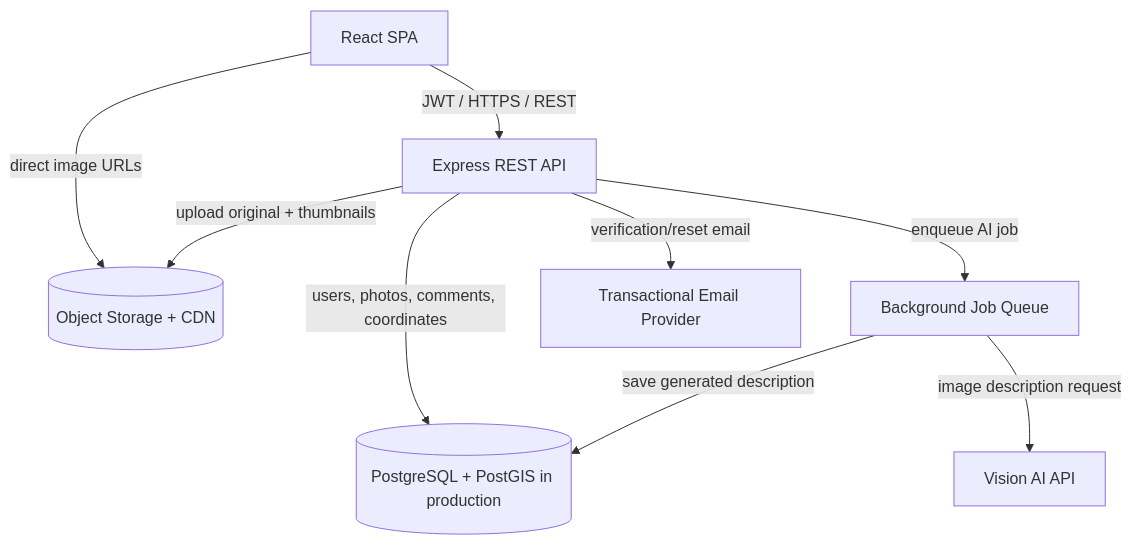
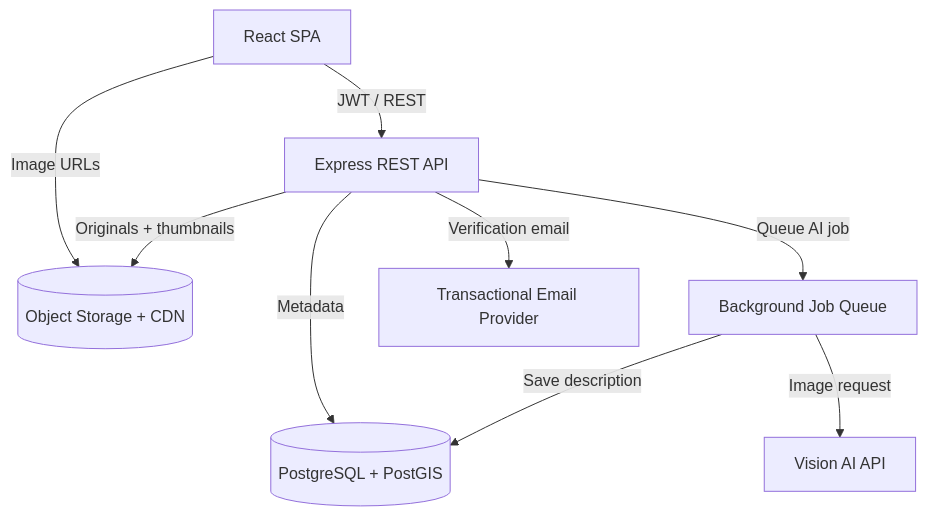
One commit to rares8283682/geophoto changed the diagram in STRATEGY.md. Above: the diagram before and after it, drawn with Mermaid.

Commit message:
Update system architecture diagram in STRATEGY.md

````diff
--- a/STRATEGY.md
+++ b/STRATEGY.md
@@ -35,19 +35,21 @@
 ```mermaid
-flowchart TD
+flowchart TB
   Browser["React SPA"]
   API["Express REST API"]
-  DB[("PostgreSQL + PostGIS in production")]
+  DB[("PostgreSQL + PostGIS")]
   Storage[("Object Storage + CDN")]
   Queue["Background Job Queue"]
   AI["Vision AI API"]
   Email["Transactional Email Provider"]
 
-  Browser -->|"JWT / HTTPS / REST"| API
-  Browser -->|"direct image URLs"| Storage
-  API -->|"users, photos, comments, coordinates"| DB
-  API -->|"upload original + thumbnails"| Storage
-  API -->|"enqueue AI job"| Queue
-  Queue -->|"image description request"| AI
-  Queue -->|"save generated description"| DB
-  API -->|"verification/reset email"| Email
+  Browser -->|"JWT / REST"| API
+  Browser -->|"Image URLs"| Storage
+
+  API -->|"Metadata"| DB
+  API -->|"Originals + thumbnails"| Storage
+  API -->|"Queue AI job"| Queue
+  API -->|"Verification email"| Email
+
+  Queue -->|"Image request"| AI
+  Queue -->|"Save description"| DB
 ```
````
